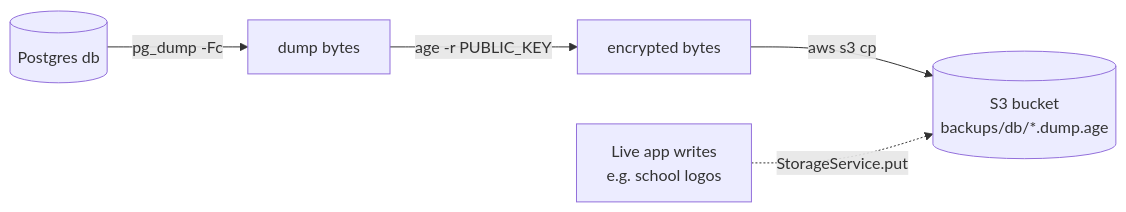
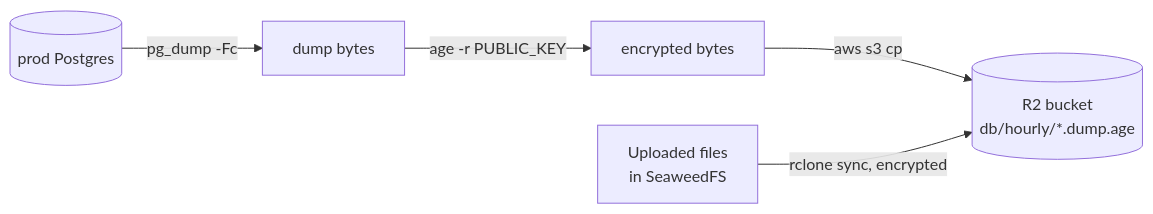
One commit to tareq89/biddaloy changed the first of 6 diagrams in docs/architecture/13-backup-restore.md. Above: the diagram before and after it, drawn with Mermaid. The commit also changed other lines of this file and 9 other files, not shown here.

````diff
--- a/docs/architecture/13-backup-restore.md
+++ b/docs/architecture/13-backup-restore.md
@@ -25,7 +25,7 @@
 ```mermaid
 flowchart LR
-    db[(Postgres db)] -->|pg_dump -Fc| dump[dump bytes]
+    db[(prod Postgres)] -->|pg_dump -Fc| dump[dump bytes]
     dump -->|age -r PUBLIC_KEY| enc[encrypted bytes]
-    enc -->|aws s3 cp| bucket[(S3 bucket<br/>backups/db/*.dump.age)]
-    logos[Live app writes<br/>e.g. school logos] -.->|StorageService.put| bucket
+    enc -->|aws s3 cp| bucket[("R2 bucket<br/>db/hourly/*.dump.age")]
+    files[Uploaded files<br/>in SeaweedFS] -->|rclone sync, encrypted| bucket
 ```
````
